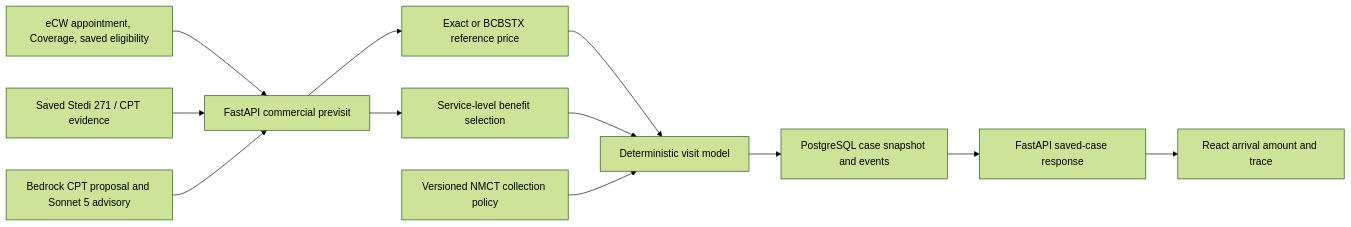
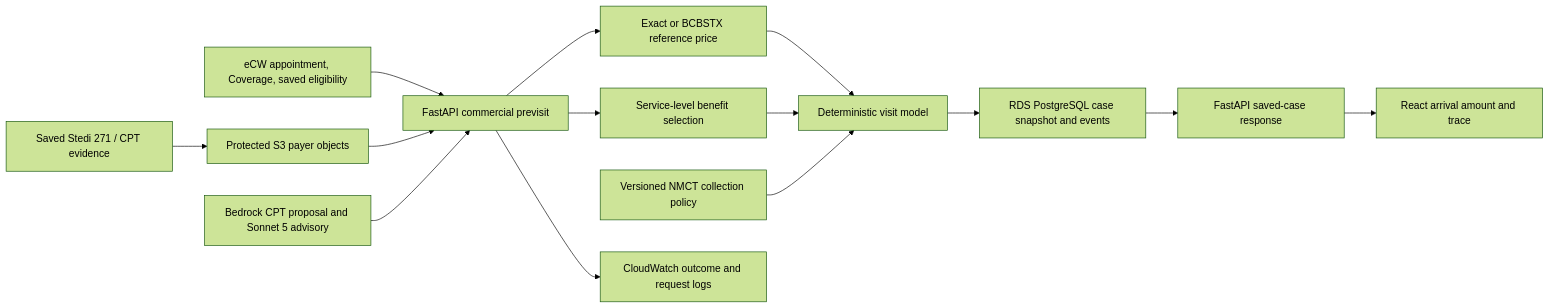
Before and after one commit to clinicforce-ai/clinicforce: the diagram in docs/collection-engine/CURRENT_ARCHITECTURE.md, drawn with Mermaid (forest theme). The commit also changed other lines of this file and 3 other files, not shown here.

````diff
--- a/docs/collection-engine/CURRENT_ARCHITECTURE.md
+++ b/docs/collection-engine/CURRENT_ARCHITECTURE.md
@@ -5,14 +5,16 @@
 ```mermaid
 flowchart LR
   eCW[eCW appointment, Coverage, saved eligibility] --> Route[FastAPI commercial previsit]
-  Stedi[Saved Stedi 271 / CPT evidence] --> Route
+  Stedi[Saved Stedi 271 / CPT evidence] --> S3[Protected S3 payer objects]
+  S3 --> Route
   Bedrock[Bedrock CPT proposal and Sonnet 5 advisory] --> Route
   Route --> Price[Exact or BCBSTX reference price]
   Route --> Benefits[Service-level benefit selection]
   Price --> Visit[Deterministic visit model]
   Benefits --> Visit
   Policy[Versioned NMCT collection policy] --> Visit
-  Visit --> Case[PostgreSQL case snapshot and events]
+  Visit --> Case[RDS PostgreSQL case snapshot and events]
   Case --> API[FastAPI saved-case response]
   API --> UI[React arrival amount and trace]
+  Route --> Logs[CloudWatch outcome and request logs]
 ```
````
